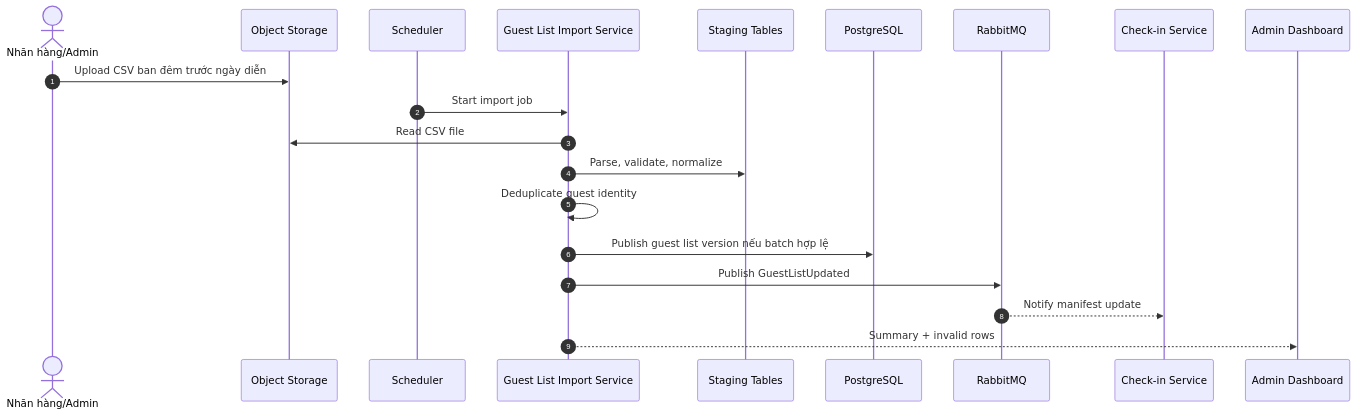
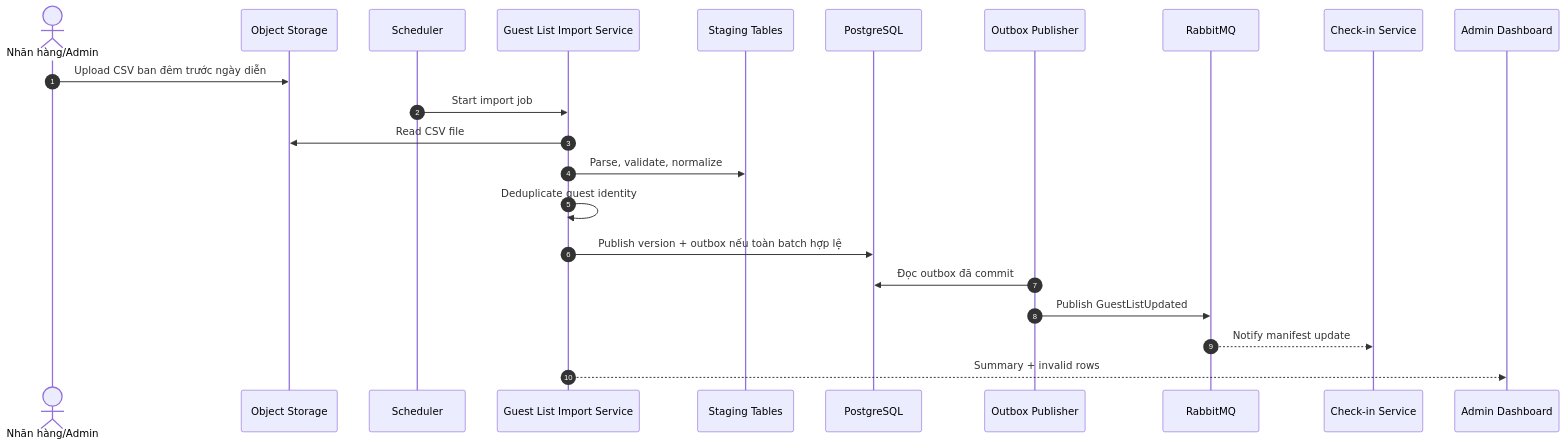
Before and after one commit to Toanapr/ticket-box: the third of 5 diagrams in blueprint/05-business-flows.md, drawn with Mermaid. The commit also changed other lines of this file and 8 other files, not shown here.

````diff
--- a/blueprint/05-business-flows.md
+++ b/blueprint/05-business-flows.md
@@ -91,23 +94,25 @@
 ```mermaid
 sequenceDiagram
     autonumber
     actor Sponsor as Nhãn hàng/Admin
     participant Storage as Object Storage
     participant Scheduler as Scheduler
     participant Import as Guest List Import Service
     participant Staging as Staging Tables
     participant DB as PostgreSQL
+    participant Outbox as Outbox Publisher
     participant Bus as RabbitMQ
     participant Checkin as Check-in Service
     participant Admin as Admin Dashboard
 
     Sponsor->>Storage: Upload CSV ban đêm trước ngày diễn
     Scheduler->>Import: Start import job
     Import->>Storage: Read CSV file
     Import->>Staging: Parse, validate, normalize
     Import->>Import: Deduplicate guest identity
-    Import->>DB: Publish guest list version nếu batch hợp lệ
-    Import->>Bus: Publish GuestListUpdated
+    Import->>DB: Publish version + outbox nếu toàn batch hợp lệ
+    Outbox->>DB: Đọc outbox đã commit
+    Outbox->>Bus: Publish GuestListUpdated
     Bus-->>Checkin: Notify manifest update
     Import-->>Admin: Summary + invalid rows
 ```
````
